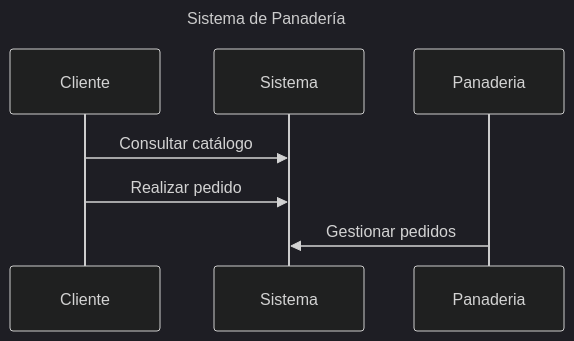
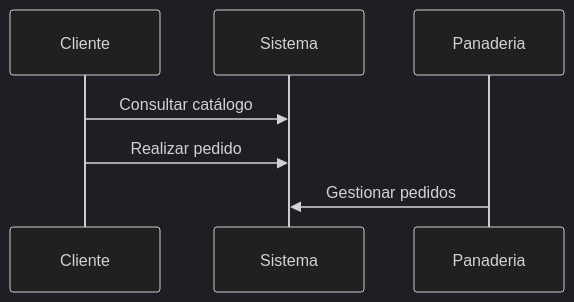
One commit to CacholoDev/PFC changed the third of 3 diagrams in README.md. Above: the diagram before and after it, drawn with Mermaid (dark theme). The commit also changed other lines of this file and 1 other file, not shown here.

Commit message:
mermaids fixeados

````diff
--- a/README.md
+++ b/README.md
@@ -75,9 +75,6 @@
-<pre class="mermaid">
----
-title: Sistema de Panadería
----
+```mermaid
 sequenceDiagram
     Cliente->>Sistema: Consultar catálogo
     Cliente->>Sistema: Realizar pedido
     Panaderia->>Sistema: Gestionar pedidos
-</pre>
+```
````
